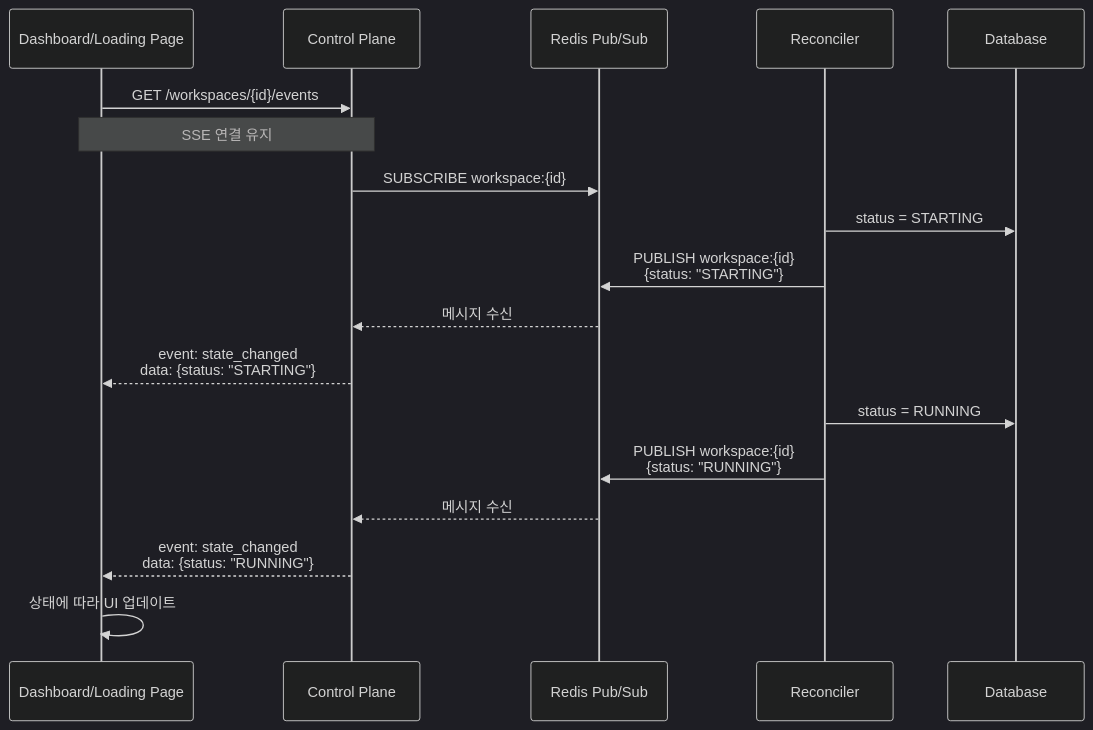
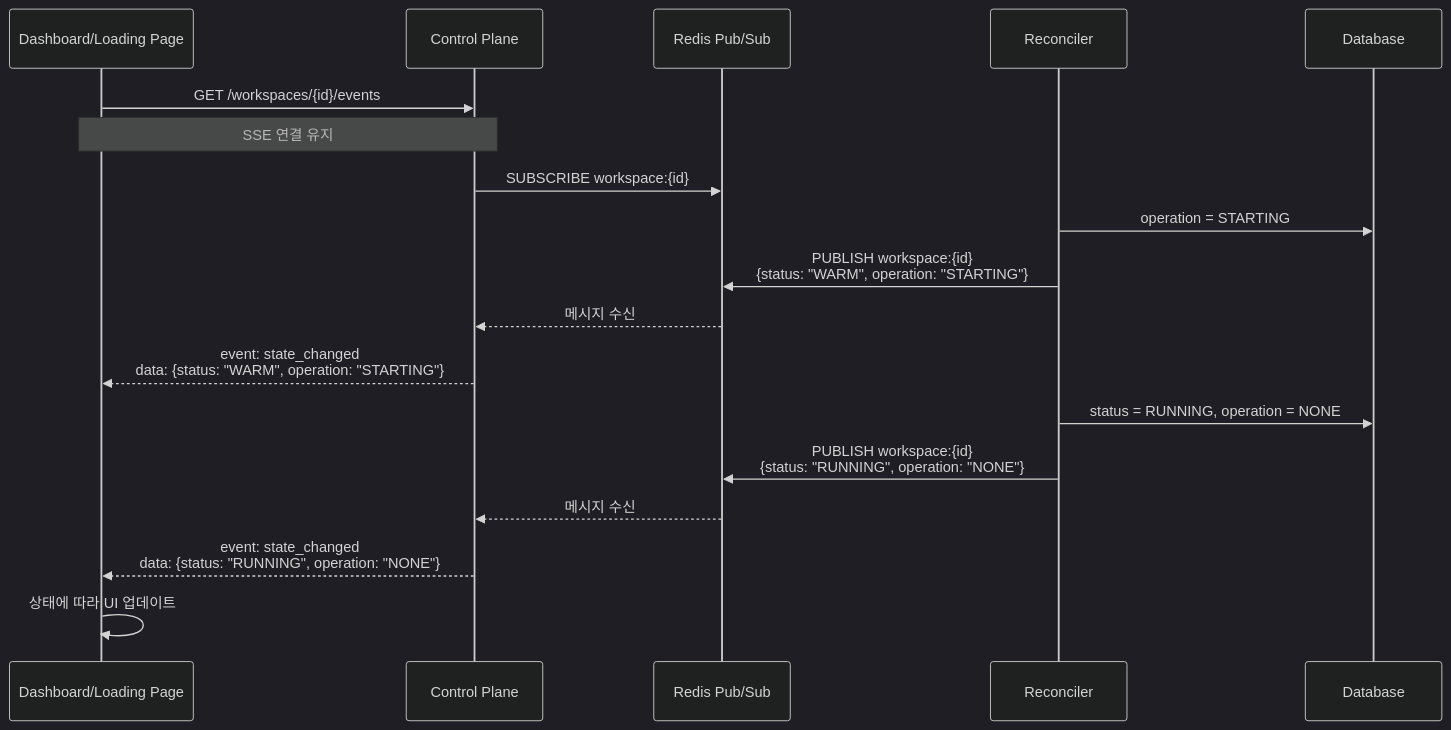
The tenth of 10 diagrams in docs/spec_v2/flows.md (cagojeiger/code-hub), drawn with Mermaid (dark theme) before and after one commit. The commit also changed other lines of this file and 4 other files, not shown here.

First line of the commit message:
docs(adr): add ADR-009 for status + operation separation

````diff
--- a/docs/spec_v2/flows.md
+++ b/docs/spec_v2/flows.md
@@ -350,24 +353,24 @@
 ```mermaid
 sequenceDiagram
     participant UI as Dashboard/Loading Page
     participant API as Control Plane
     participant Redis as Redis Pub/Sub
     participant R as Reconciler
     participant DB as Database
 
     UI->>API: GET /workspaces/{id}/events
     Note over UI,API: SSE 연결 유지
     API->>Redis: SUBSCRIBE workspace:{id}
 
-    R->>DB: status = STARTING
-    R->>Redis: PUBLISH workspace:{id}<br/>{status: "STARTING"}
+    R->>DB: operation = STARTING
+    R->>Redis: PUBLISH workspace:{id}<br/>{status: "WARM", operation: "STARTING"}
     Redis-->>API: 메시지 수신
-    API-->>UI: event: state_changed<br/>data: {status: "STARTING"}
+    API-->>UI: event: state_changed<br/>data: {status: "WARM", operation: "STARTING"}
 
-    R->>DB: status = RUNNING
-    R->>Redis: PUBLISH workspace:{id}<br/>{status: "RUNNING"}
+    R->>DB: status = RUNNING, operation = NONE
+    R->>Redis: PUBLISH workspace:{id}<br/>{status: "RUNNING", operation: "NONE"}
     Redis-->>API: 메시지 수신
-    API-->>UI: event: state_changed<br/>data: {status: "RUNNING"}
+    API-->>UI: event: state_changed<br/>data: {status: "RUNNING", operation: "NONE"}
 
     UI->>UI: 상태에 따라 UI 업데이트
 ```
````
